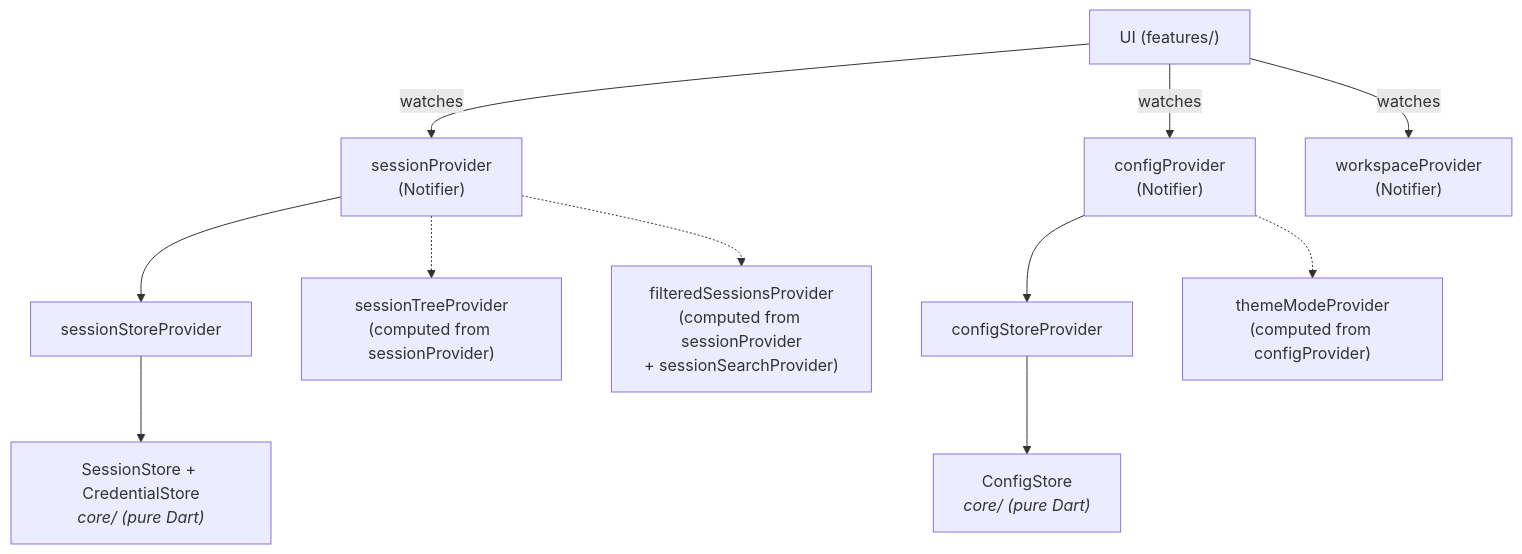
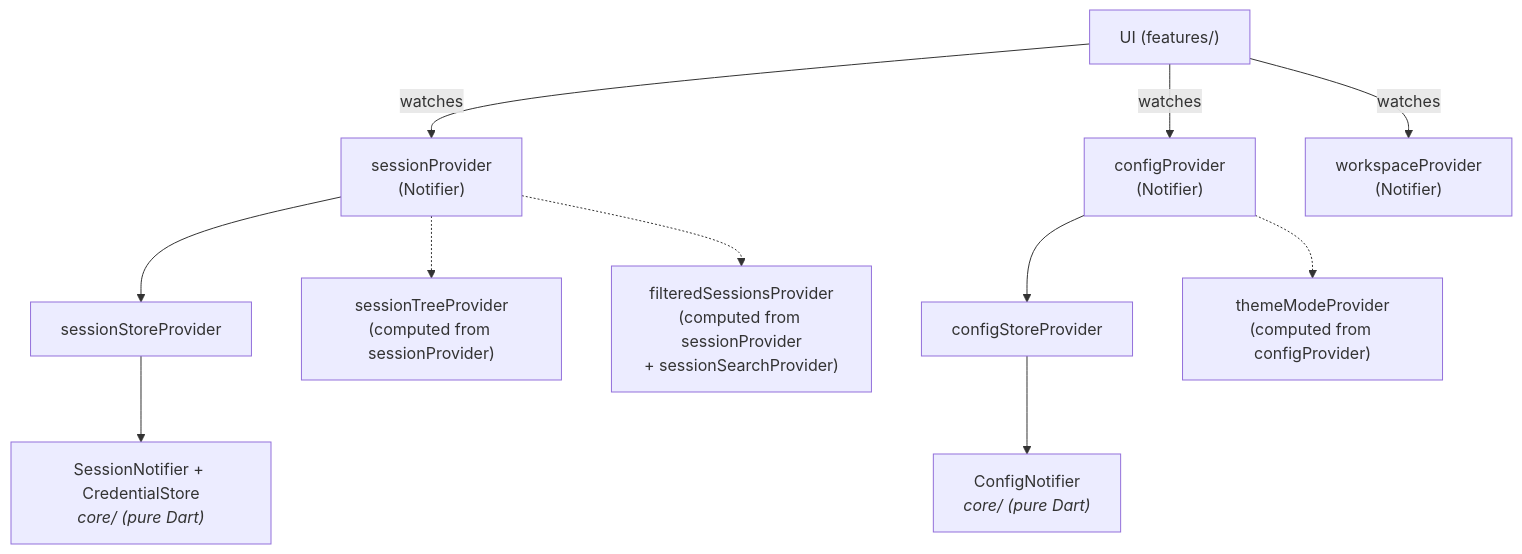
One commit to Llloooggg/LetsFLUTssh changed the fifth of 13 diagrams in docs/ARCHITECTURE.md. Above: the diagram before and after it, drawn with Mermaid. The commit also changed other lines of this file, not shown here.

````diff
--- a/docs/ARCHITECTURE.md
+++ b/docs/ARCHITECTURE.md
@@ -2200,15 +2200,15 @@
 ```mermaid
 flowchart TD
     UI["UI (features/)"]
     UI -->|watches| sp["sessionProvider<br/>(Notifier)"]
     UI -->|watches| cp["configProvider<br/>(Notifier)"]
     UI -->|watches| wp["workspaceProvider<br/>(Notifier)"]
     sp --> ssp["sessionStoreProvider"]
     cp --> csp["configStoreProvider"]
-    ssp --> ss["SessionStore + CredentialStore<br/><i>core/ (pure Dart)</i>"]
-    csp --> cs["ConfigStore<br/><i>core/ (pure Dart)</i>"]
+    ssp --> ss["SessionNotifier + CredentialStore<br/><i>core/ (pure Dart)</i>"]
+    csp --> cs["ConfigNotifier<br/><i>core/ (pure Dart)</i>"]
 
     sp -.-> stp["sessionTreeProvider<br/>(computed from sessionProvider)"]
     cp -.-> tmop["themeModeProvider<br/>(computed from configProvider)"]
     sp -.-> fsp["filteredSessionsProvider<br/>(computed from sessionProvider<br/>+ sessionSearchProvider)"]
 ```
````
